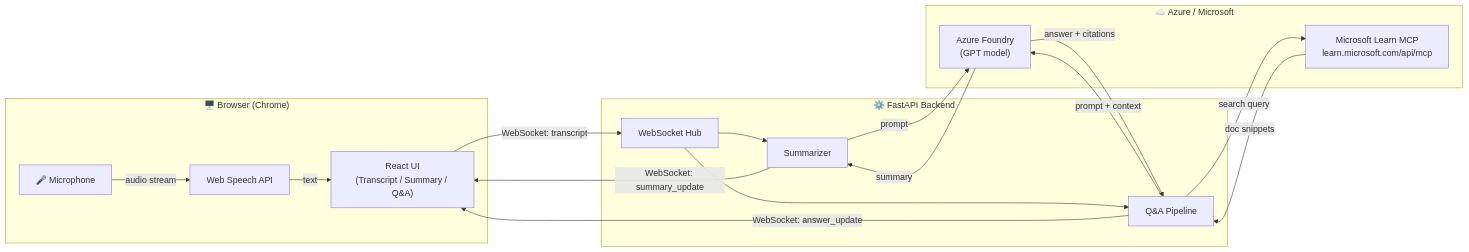
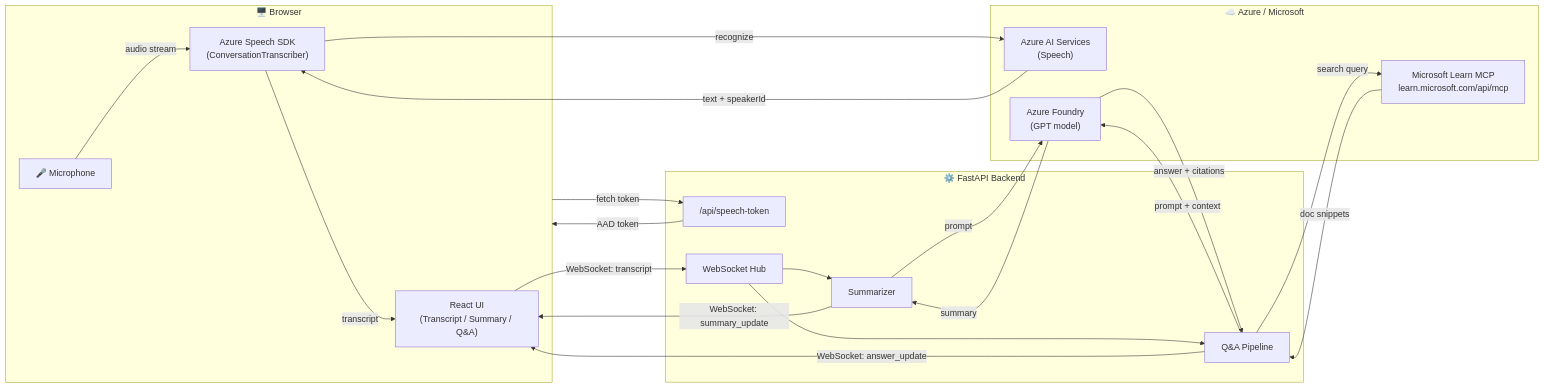
The first of 2 diagrams in README.md (lijunliu-gh/realtime-qa-app), drawn with Mermaid before and after one commit. The commit also changed other lines of this file, not shown here.

Commit message:
docs: update architecture diagrams to reflect Speech SDK + diarization + tuned thresholds

````diff
--- a/README.md
+++ b/README.md
@@ -19,33 +19,39 @@
 ```mermaid
 flowchart LR
-    subgraph Browser["🖥️ Browser (Chrome)"]
+    subgraph Browser["🖥️ Browser"]
         MIC["🎤 Microphone"]
-        WSA["Web Speech API"]
+        SDK["Azure Speech SDK<br/>(ConversationTranscriber)"]
         UI["React UI<br/>(Transcript / Summary / Q&A)"]
     end
 
     subgraph Backend["⚙️ FastAPI Backend"]
+        TOKEN["/api/speech-token"]
         WS["WebSocket Hub"]
         SUM["Summarizer"]
         QA["Q&A Pipeline"]
     end
 
     subgraph Cloud["☁️ Azure / Microsoft"]
+        SPEECH["Azure AI Services<br/>(Speech)"]
         FOUNDRY["Azure Foundry<br/>(GPT model)"]
         MCP["Microsoft Learn MCP<br/>learn.microsoft.com/api/mcp"]
     end
 
-    MIC -->|audio stream| WSA
-    WSA -->|text| UI
+    MIC -->|audio stream| SDK
+    SDK -->|recognize| SPEECH
+    SPEECH -->|text + speakerId| SDK
+    SDK -->|transcript| UI
     UI -->|WebSocket: transcript| WS
+    Browser -->|fetch token| TOKEN
+    TOKEN -->|AAD token| Browser
     WS --> SUM
     WS --> QA
     SUM -->|prompt| FOUNDRY
     FOUNDRY -->|summary| SUM
     QA -->|search query| MCP
     MCP -->|doc snippets| QA
     QA -->|prompt + context| FOUNDRY
     FOUNDRY -->|answer + citations| QA
     SUM -->|WebSocket: summary_update| UI
     QA -->|WebSocket: answer_update| UI
 ```
````
